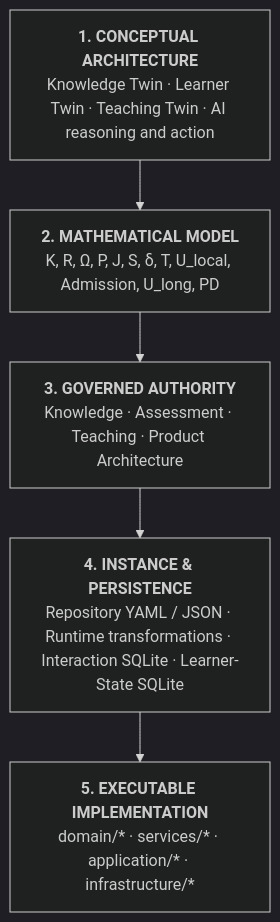
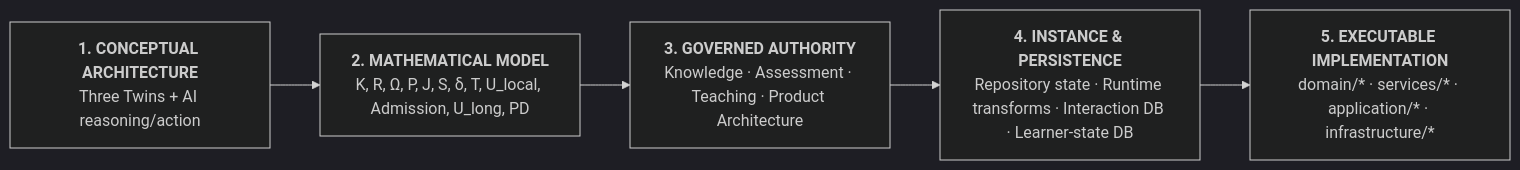
One commit to thatao72/three-twin-docs changed the sixth of 6 diagrams in content/architecture.md. Above: the diagram before and after it, drawn with Mermaid (dark theme). The commit also changed other lines of this file, not shown here.

````diff
--- a/content/architecture.md
+++ b/content/architecture.md
@@ -348,18 +348,11 @@
 ```mermaid
-flowchart TB
+flowchart LR
 
-    C["<b>1. CONCEPTUAL ARCHITECTURE</b><br/>Knowledge Twin · Learner Twin · Teaching Twin · AI reasoning and action"]
-
+    C["<b>1. CONCEPTUAL ARCHITECTURE</b><br/>Three Twins + AI reasoning/action"]
     M["<b>2. MATHEMATICAL MODEL</b><br/>K, R, Ω, P, J, S, δ, T, U_local, Admission, U_long, PD"]
-
     A["<b>3. GOVERNED AUTHORITY</b><br/>Knowledge · Assessment · Teaching · Product Architecture"]
-
-    I["<b>4. INSTANCE & PERSISTENCE</b><br/>Repository YAML / JSON · Runtime transformations · Interaction SQLite · Learner-State SQLite"]
-
+    I["<b>4. INSTANCE & PERSISTENCE</b><br/>Repository state · Runtime transforms · Interaction DB · Learner-state DB"]
     X["<b>5. EXECUTABLE IMPLEMENTATION</b><br/>domain/* · services/* · application/* · infrastructure/*"]
 
-    C --> M
-    M --> A
-    A --> I
-    I --> X
+    C --> M --> A --> I --> X
 ```
````
